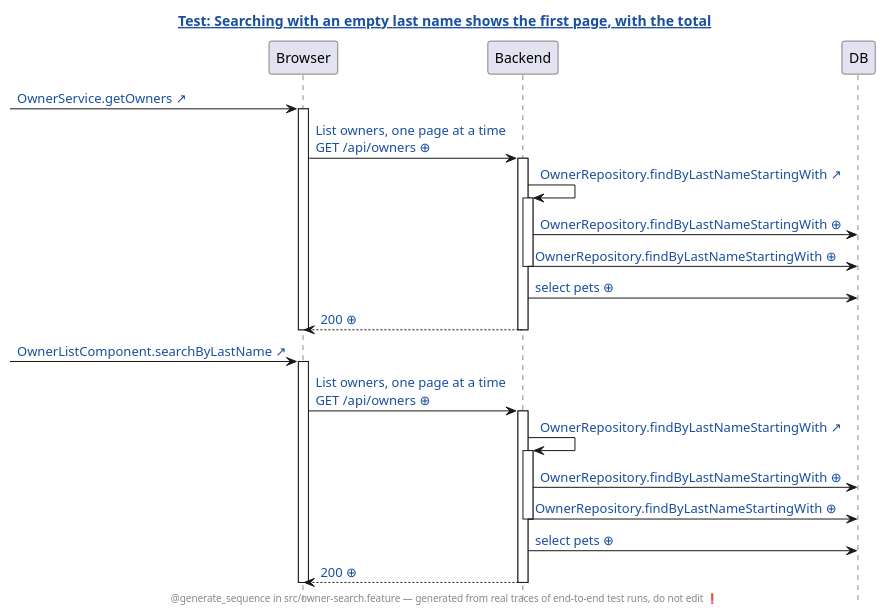
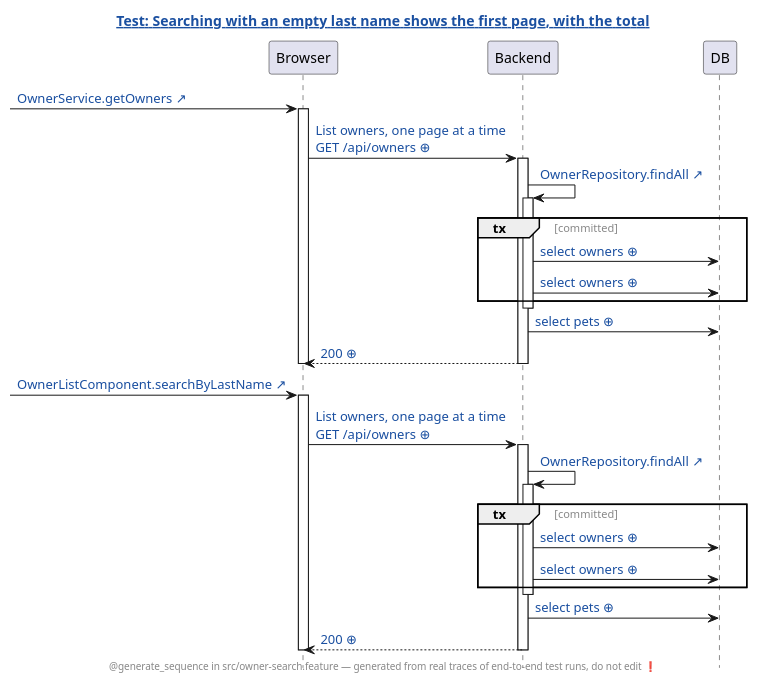
The diagram in petclinic-test/generated/owner-search.feature.searching-with-an-empty-last-name-shows-the-first-page-with-the-total.genseq.puml (victorrentea/petclinic), drawn with PlantUML before and after one commit. The commit also changed 14 other files, not shown here.

```diff
--- a/petclinic-test/generated/owner-search.feature.searching-with-an-empty-last-name-shows-the-first-page-with-the-total.genseq.puml
+++ b/petclinic-test/generated/owner-search.feature.searching-with-an-empty-last-name-shows-the-first-page-with-the-total.genseq.puml
@@ -1,39 +1,43 @@
 @startuml
 ' ⚠️  GENERATED FILE — DO NOT EDIT. Every edit is lost on the next run.
 hide footbox
 skinparam hyperlinkUnderline false
 skinparam hyperlinkColor #1A4FA0
 skinparam sequenceGroupFontColor #888888
 skinparam sequenceGroupFontStyle plain
 title [[src://petclinic-test/src/owner-search.feature:39{Click to open the test} Test: Searching with an empty last name shows the first page, with the total]]
 footer @generate_sequence in src/owner-search.feature — generated from real traces of end-to-end test runs, do not edit ❗
 participant Browser
 participant Backend
 participant DB
 [-> Browser: [[src://petclinic-frontend/src/app/owners/owner-list/owner-list.component.ts:52{Click to open the line that sent this request: owner-list.component.ts:52} OwnerService.getOwners ↗]]
 activate Browser
 Browser -> Backend: [[genseq://0ostuql{Click for the request as it was sent} List owners, one page at a time\nGET /api/owners ⊕]]
 activate Backend
-Backend -> Backend: [[src://petclinic-backend/src/main/java/victor/training/petclinic/repository/OwnerRepository.java:13{Click to open OwnerRepository.findByLastNameStartingWith} OwnerRepository.findByLastNameStartingWith ↗]]
+Backend -> Backend: [[src://petclinic-backend/src/main/java/victor/training/petclinic/repository/OwnerRepository.java:13{Click to open OwnerRepository.findAll} OwnerRepository.findAll ↗]]
 activate Backend
-Backend -> DB: [[genseq://06lhb5c{Click for the statement behind this call} OwnerRepository.findByLastNameStartingWith ⊕]]
-Backend -> DB: [[genseq://0rcs8yy{Click for the statement behind this call} OwnerRepository.findByLastNameStartingWith ⊕]]
+group tx [committed]
+Backend -> DB: [[genseq://0im5t2n{Click for the statement behind this call} select owners ⊕]]
+Backend -> DB: [[genseq://0pmzoo4{Click for the statement behind this call} select owners ⊕]]
+end
 deactivate Backend
 Backend -> DB: [[genseq://1ruk3w0{Click for the statement behind this call} select pets ⊕]]
 Backend --> Browser: [[genseq://0lyxiis{Click for this call’s JSON body} 200 ⊕]]
 deactivate Backend
 deactivate Browser
 [-> Browser: [[src://petclinic-frontend/src/app/owners/owner-list/owner-list.component.ts:72{Click to open the line that sent this request: owner-list.component.ts:94 ← owner-list.component.ts:72 ← owner-list.component.html:12} OwnerListComponent.searchByLastName ↗]]
 activate Browser
 Browser -> Backend: [[genseq://0ostuql{Click for the request as it was sent} List owners, one page at a time\nGET /api/owners ⊕]]
 activate Backend
-Backend -> Backend: [[src://petclinic-backend/src/main/java/victor/training/petclinic/repository/OwnerRepository.java:13{Click to open OwnerRepository.findByLastNameStartingWith} OwnerRepository.findByLastNameStartingWith ↗]]
+Backend -> Backend: [[src://petclinic-backend/src/main/java/victor/training/petclinic/repository/OwnerRepository.java:13{Click to open OwnerRepository.findAll} OwnerRepository.findAll ↗]]
 activate Backend
-Backend -> DB: [[genseq://06lhb5c{Click for the statement behind this call} OwnerRepository.findByLastNameStartingWith ⊕]]
-Backend -> DB: [[genseq://0rcs8yy{Click for the statement behind this call} OwnerRepository.findByLastNameStartingWith ⊕]]
+group tx [committed]
+Backend -> DB: [[genseq://0im5t2n{Click for the statement behind this call} select owners ⊕]]
+Backend -> DB: [[genseq://0pmzoo4{Click for the statement behind this call} select owners ⊕]]
+end
 deactivate Backend
 Backend -> DB: [[genseq://1ruk3w0{Click for the statement behind this call} select pets ⊕]]
 Backend --> Browser: [[genseq://0lyxiis{Click for this call’s JSON body} 200 ⊕]]
 deactivate Backend
 deactivate Browser
 @enduml
```
